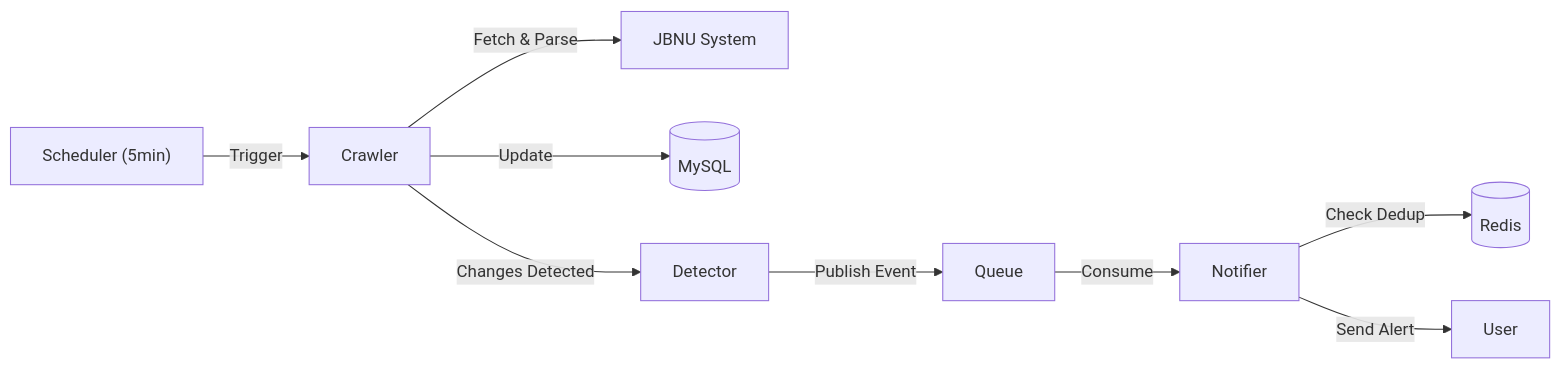
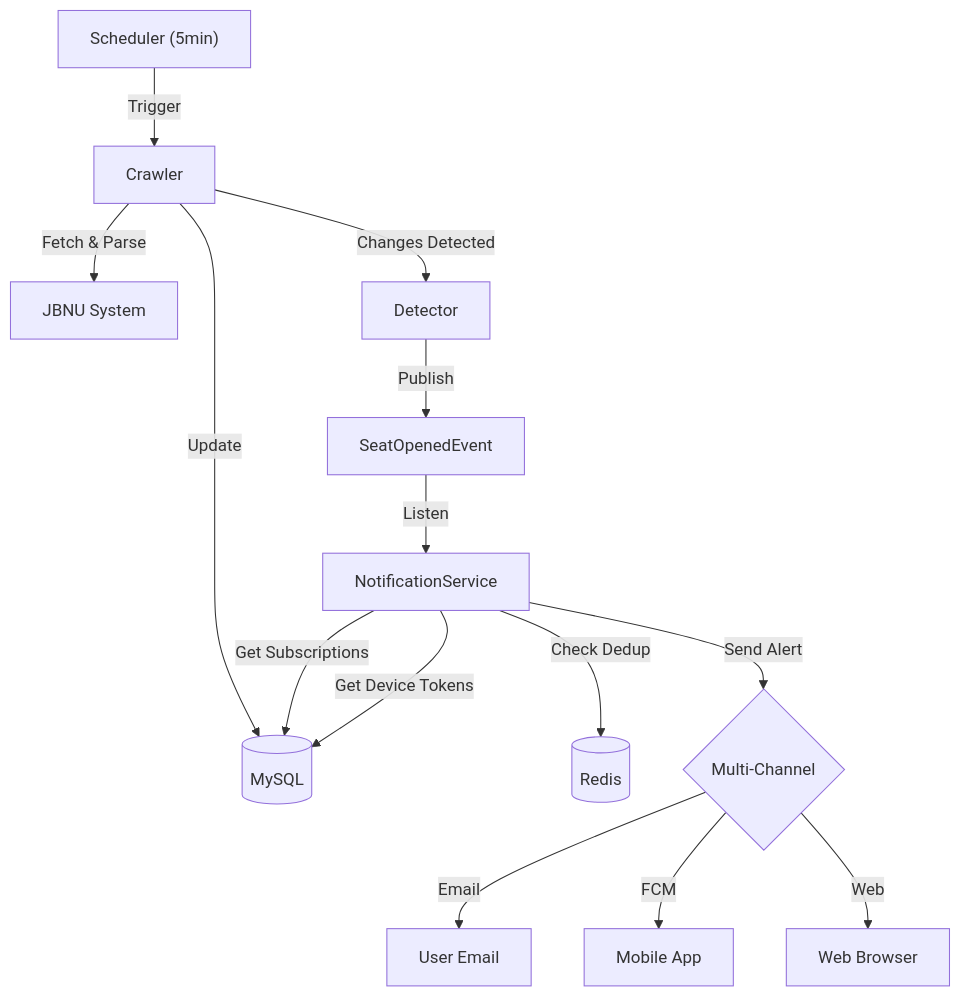
The diagram in README.md (bhoon716/zup-zup-server), drawn with Mermaid before and after one commit. The commit also changed other lines of this file and 1 other file, not shown here.

Commit message:
feat: 실시간 알림 채널(FCM, Web Push) 확장 및 사용자 기기 관리 기능 구현

````diff
--- a/README.md
+++ b/README.md
@@ -63,11 +63,16 @@
 ```mermaid
-graph LR
+graph TD
     Scheduler["Scheduler (5min)"] -->|Trigger| Crawler
     Crawler -->|Fetch & Parse| OASIS["JBNU System"]
     Crawler -->|Update| DB[(MySQL)]
     Crawler -->|Changes Detected| Detector
-    Detector -->|Publish Event| Queue
-    Queue -->|Consume| Notifier
+    Detector -->|Publish| Event["SeatOpenedEvent"]
+    Event -->|Listen| Notifier["NotificationService"]
     Notifier -->|Check Dedup| Redis[(Redis)]
-    Notifier -->|Send Alert| User
+    Notifier -->|Get Subscriptions| DB
+    Notifier -->|Get Device Tokens| DB
+    Notifier -->|Send Alert| MultiChannel{Multi-Channel}
+    MultiChannel -->|Email| UserEmail[User Email]
+    MultiChannel -->|FCM| AppPush[Mobile App]
+    MultiChannel -->|Web| Browser[Web Browser]
 ```
````
